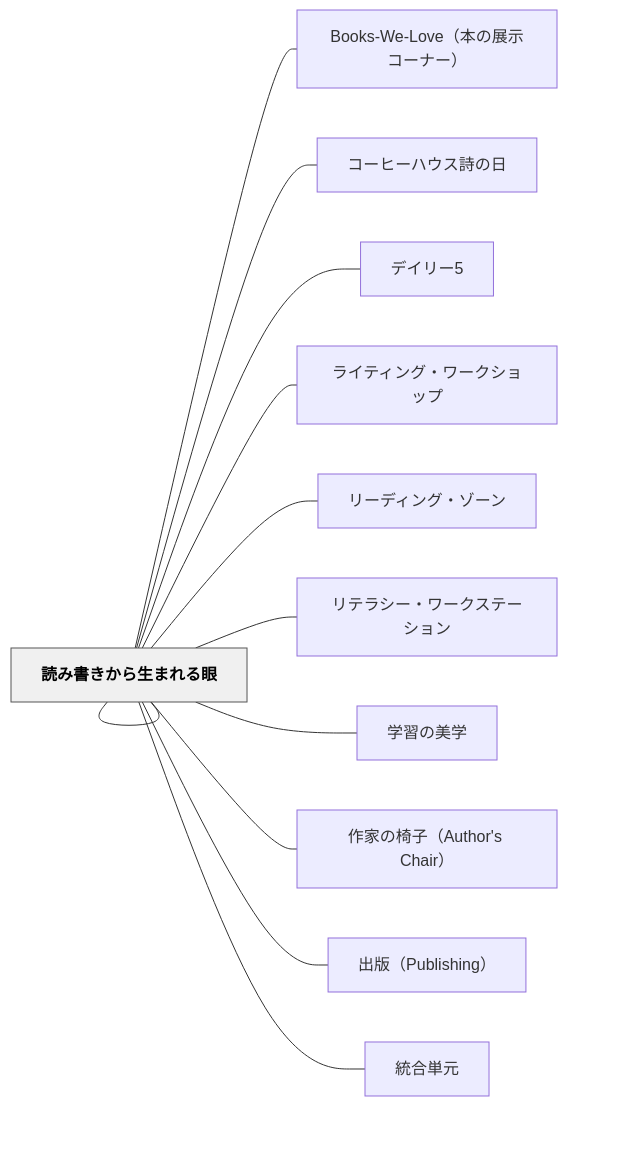
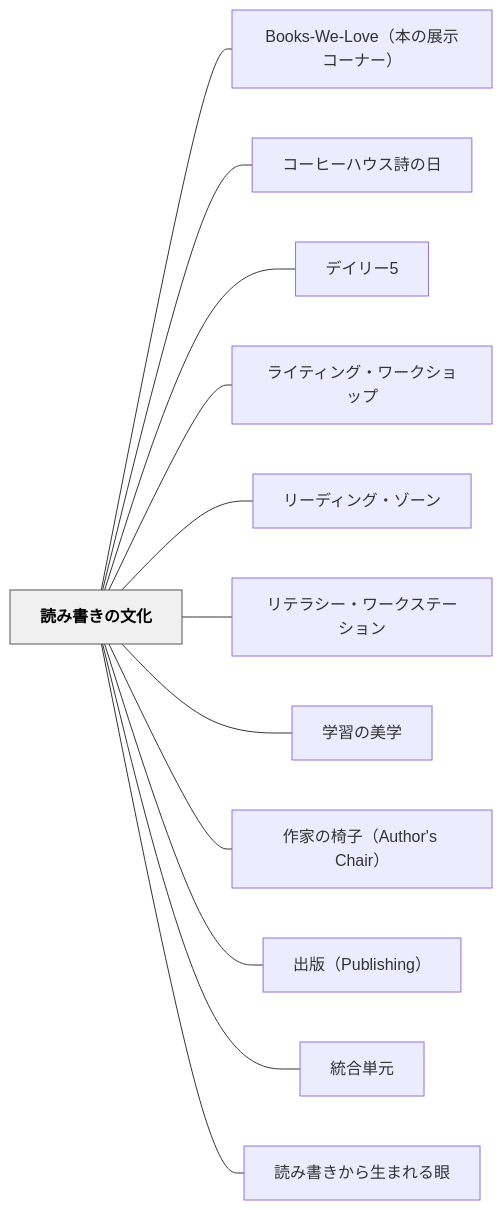
One commit to unknownthings-ed-patterns/unknownthings-ed-patterns changed the diagram in content/パタン/読み書きの文化.md. Above: the diagram before and after it, drawn with Mermaid. The commit also changed 527 other files, not shown here.

````diff
--- a/content/パタン/読み書きの文化.md
+++ b/content/パタン/読み書きの文化.md
@@ -103,30 +103,30 @@
 ```mermaid
 flowchart LR
-    ne8aaade381bf["読み書きの文化"]
-    n426f6f6b732d["Books-We-Love（本の展示コーナー）"]
-    ne382b3e383bc["コーヒーハウス詩の日"]
-    ne38387e382a4["デイリー5"]
-    ne383a9e382a4["ライティング・ワークショップ"]
-    ne383aae383bc["リーディング・ゾーン"]
-    ne383aae38386["リテラシー・ワークステーション"]
-    ne5ada6e7bf92["学習の美学"]
-    ne4bd9ce5aeb6["作家の椅子（Author's Chair）"]
-    ne587bae78988["出版（Publishing）"]
-    ne7b5b1e59088["統合単元"]
-    ne8aaade381bf["読み書きから生まれる眼"]
+    ne8aaade381bfe69bb8e3818de381aee69687e58c96["読み書きの文化"]
+    n426f6f6b732d57652d4c6f7665efbc88e69cace381aee5b195e7a4bae382b3e383bce3838ae383bcefbc89["Books-We-Love（本の展示コーナー）"]
+    ne382b3e383bce38392e383bce3838fe382a6e382b9e8a9a9e381aee697a5["コーヒーハウス詩の日"]
+    ne38387e382a4e383aae383bc35["デイリー5"]
+    ne383a9e382a4e38386e382a3e383b3e382b0e383bbe383afe383bce382afe382b7e383a7e38383e38397["ライティング・ワークショップ"]
+    ne383aae383bce38387e382a3e383b3e382b0e383bbe382bee383bce383b3["リーディング・ゾーン"]
+    ne383aae38386e383a9e382b7e383bce383bbe383afe383bce382afe382b9e38386e383bce382b7e383a7e383b3["リテラシー・ワークステーション"]
+    ne5ada6e7bf92e381aee7be8ee5ada6["学習の美学"]
+    ne4bd9ce5aeb6e381aee6a485e5ad90efbc88417574686f722773204368616972efbc89["作家の椅子（Author's Chair）"]
+    ne587bae78988efbc885075626c697368696e67efbc89["出版（Publishing）"]
+    ne7b5b1e59088e58d98e58583["統合単元"]
+    ne8aaade381bfe69bb8e3818de3818be38289e7949fe381bee3828ce3828be79cbc["読み書きから生まれる眼"]
 
-    ne8aaade381bf --- n426f6f6b732d
-    ne8aaade381bf --- ne382b3e383bc
-    ne8aaade381bf --- ne38387e382a4
-    ne8aaade381bf --- ne383a9e382a4
-    ne8aaade381bf --- ne383aae383bc
-    ne8aaade381bf --- ne383aae38386
-    ne8aaade381bf --- ne5ada6e7bf92
-    ne8aaade381bf --- ne4bd9ce5aeb6
-    ne8aaade381bf --- ne587bae78988
-    ne8aaade381bf --- ne7b5b1e59088
-    ne8aaade381bf --- ne8aaade381bf
+    ne8aaade381bfe69bb8e3818de381aee69687e58c96 --- n426f6f6b732d57652d4c6f7665efbc88e69cace381aee5b195e7a4bae382b3e383bce3838ae383bcefbc89
+    ne8aaade381bfe69bb8e3818de381aee69687e58c96 --- ne382b3e383bce38392e383bce3838fe382a6e382b9e8a9a9e381aee697a5
+    ne8aaade381bfe69bb8e3818de381aee69687e58c96 --- ne38387e382a4e383aae383bc35
+    ne8aaade381bfe69bb8e3818de381aee69687e58c96 --- ne383a9e382a4e38386e382a3e383b3e382b0e383bbe383afe383bce382afe382b7e383a7e38383e38397
+    ne8aaade381bfe69bb8e3818de381aee69687e58c96 --- ne383aae383bce38387e382a3e383b3e382b0e383bbe382bee383bce383b3
+    ne8aaade381bfe69bb8e3818de381aee69687e58c96 --- ne383aae38386e383a9e382b7e383bce383bbe383afe383bce382afe382b9e38386e383bce382b7e383a7e383b3
+    ne8aaade381bfe69bb8e3818de381aee69687e58c96 --- ne5ada6e7bf92e381aee7be8ee5ada6
+    ne8aaade381bfe69bb8e3818de381aee69687e58c96 --- ne4bd9ce5aeb6e381aee6a485e5ad90efbc88417574686f722773204368616972efbc89
+    ne8aaade381bfe69bb8e3818de381aee69687e58c96 --- ne587bae78988efbc885075626c697368696e67efbc89
+    ne8aaade381bfe69bb8e3818de381aee69687e58c96 --- ne7b5b1e59088e58d98e58583
+    ne8aaade381bfe69bb8e3818de381aee69687e58c96 --- ne8aaade381bfe69bb8e3818de3818be38289e7949fe381bee3828ce3828be79cbc
 
     classDef hub fill:#f0f0f0,stroke:#555,color:#000,font-weight:bold
-    class ne8aaade381bf hub
+    class ne8aaade381bfe69bb8e3818de381aee69687e58c96 hub
 ```
````
